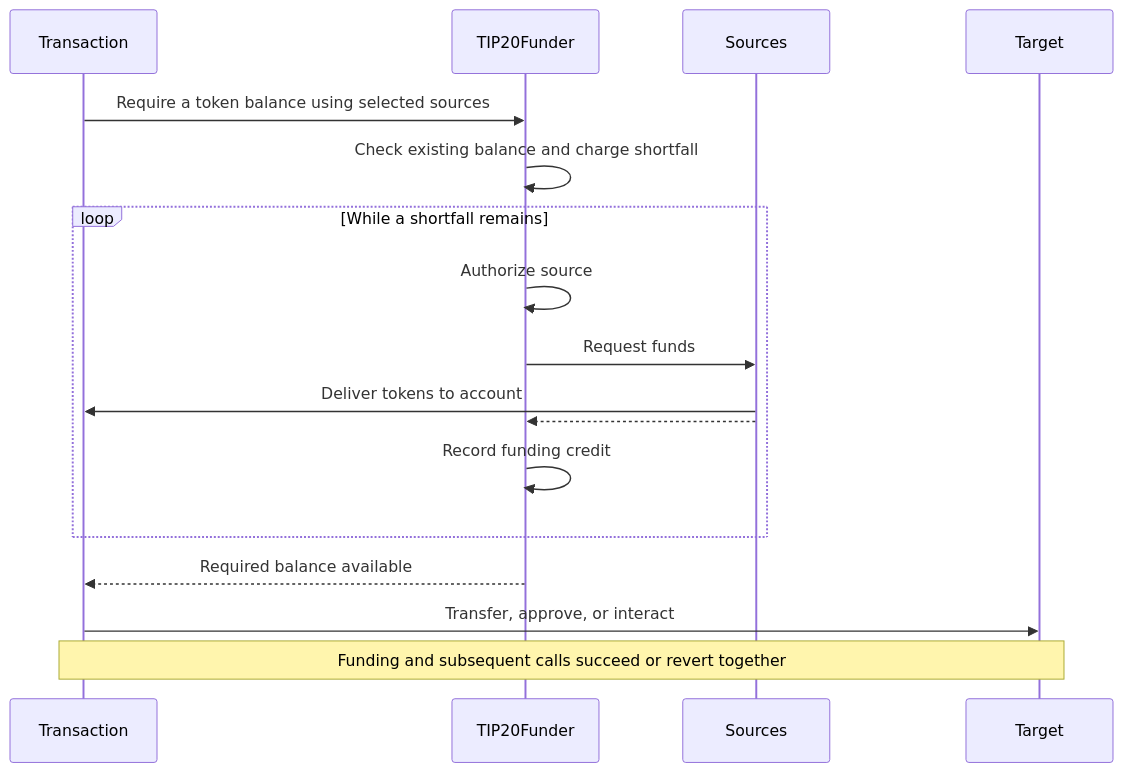
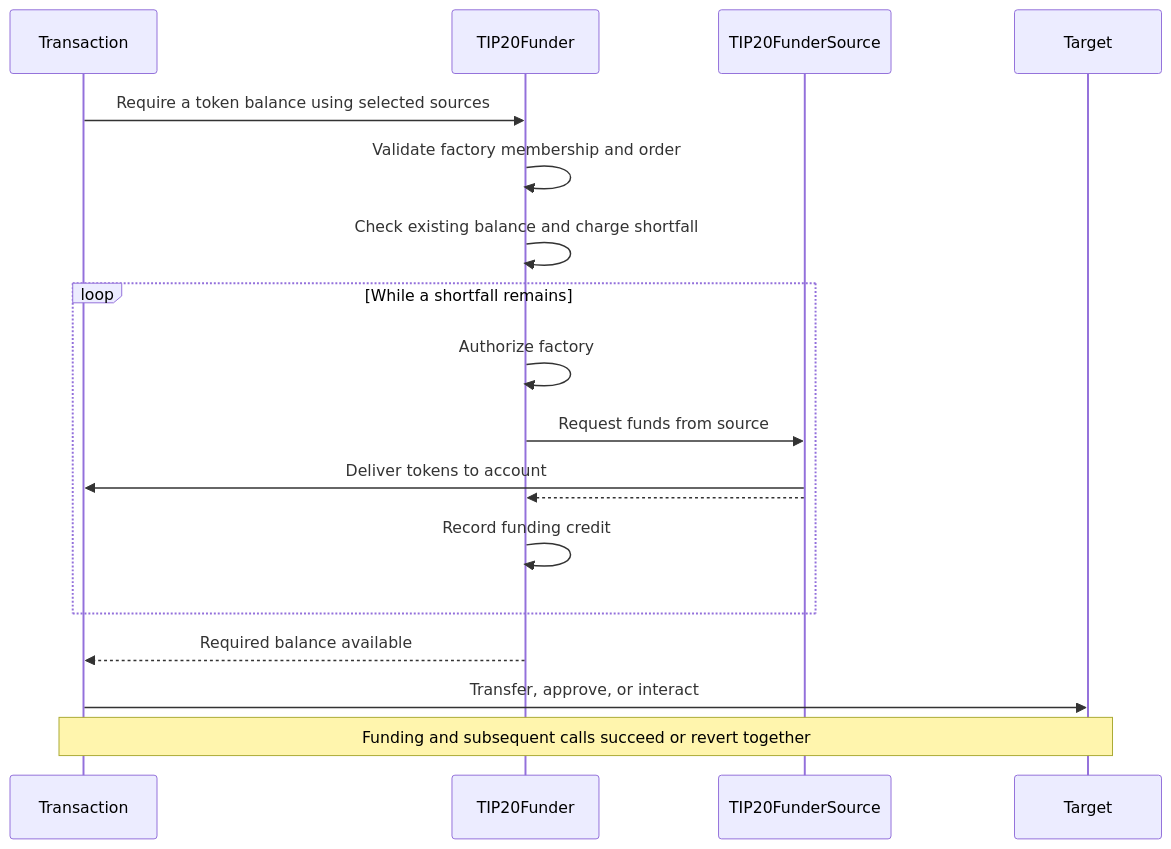
The diagram in tips/tip-1120.md (tempoxyz/tempo), drawn with Mermaid before and after one commit. The commit also changed other lines of this file, not shown here.

Commit message:
docs(tip-1120): define ordered funding factories

````diff
--- a/tips/tip-1120.md
+++ b/tips/tip-1120.md
@@ -45,20 +45,21 @@
 ```mermaid
 sequenceDiagram
     participant C as Transaction
     participant P as TIP20Funder
-    participant S as Sources
+    participant S as TIP20FunderSource
     participant A as Target
 
     C->>P: Require a token balance using selected sources
+    P->>P: Validate factory membership and order
     P->>P: Check existing balance and charge shortfall
     loop While a shortfall remains
-        P->>P: Authorize source
-        P->>S: Request funds
+        P->>P: Authorize factory
+        P->>S: Request funds from source
         S->>C: Deliver tokens to account
         S-->>P:
         P->>P: Record funding credit
     end
     P-->>C: Required balance available
     C->>A: Transfer, approve, or interact
     Note over C,A: Funding and subsequent calls succeed or revert together
 ```
````
